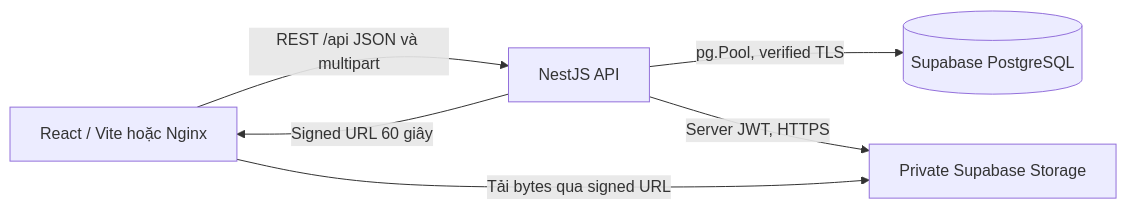
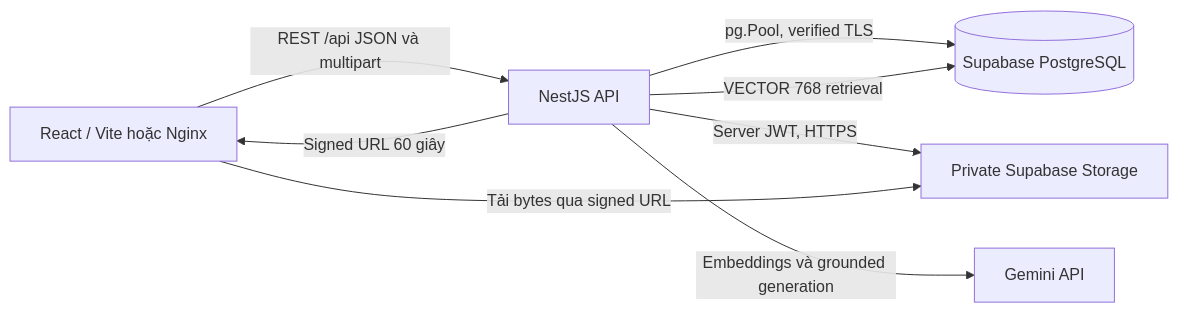
Before and after one commit to franz08hmt/New-Tech: the first of 2 diagrams in docs/architecture.md, drawn with Mermaid. The commit also changed other lines of this file and 115 other files, not shown here.

````diff
--- a/docs/architecture.md
+++ b/docs/architecture.md
@@ -5,8 +5,10 @@
 ```mermaid
 flowchart LR
   Browser[React / Vite hoặc Nginx] -->|REST /api JSON và multipart| API[NestJS API]
   API -->|pg.Pool, verified TLS| DB[(Supabase PostgreSQL)]
   API -->|Server JWT, HTTPS| Storage[Private Supabase Storage]
   API -->|Signed URL 60 giây| Browser
   Browser -->|Tải bytes qua signed URL| Storage
+  API -->|Embeddings và grounded generation| Gemini[Gemini API]
+  API -->|VECTOR 768 retrieval| DB
 ```
````
